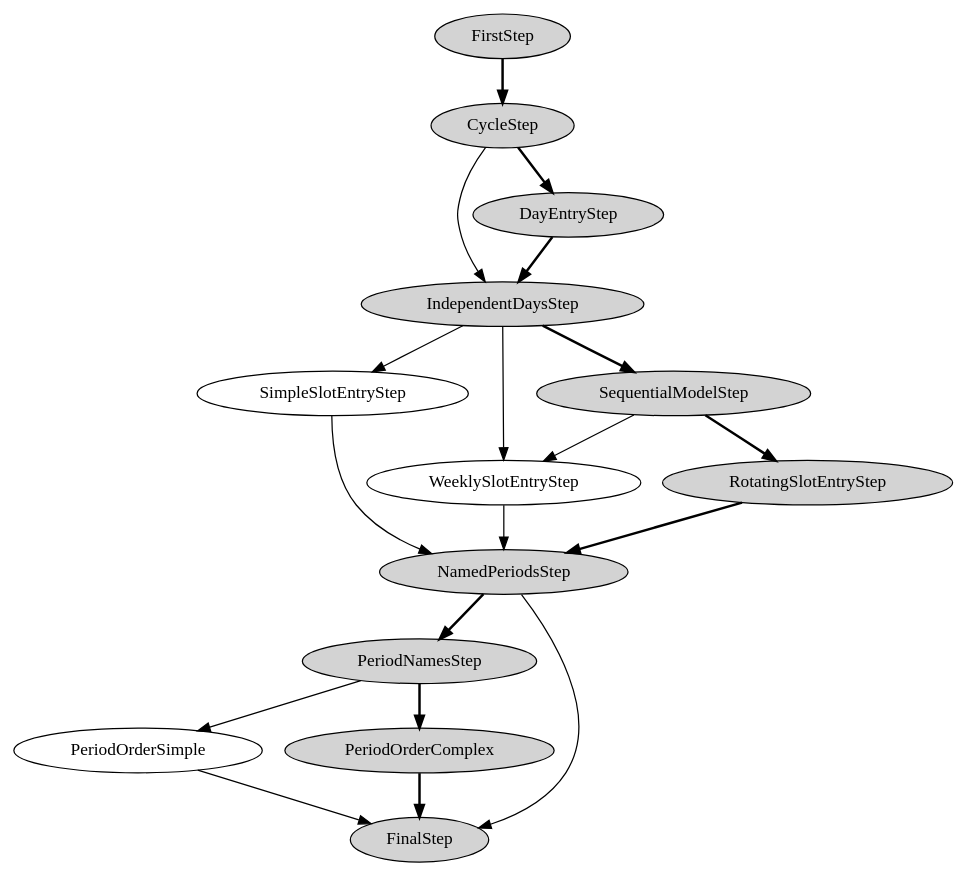
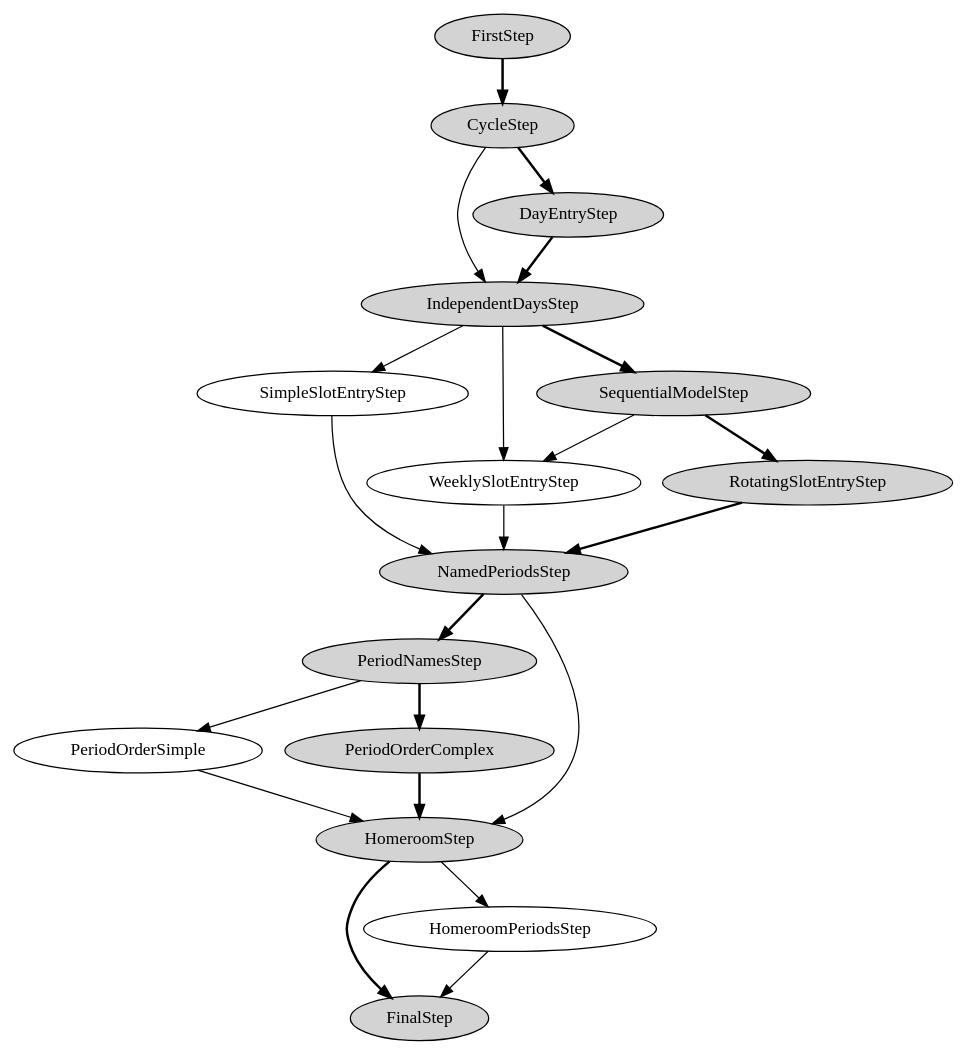
Before and after one commit to mattva01/schooltool: the diagram in src/schooltool/app/browser/ftests/images/ttschema-wizard-6.dot, drawn with Graphviz. The commit also changed 21 other files, not shown here.

Commit message:
Update the test plan to include the new homeroom steps.  Add the "do you have a homeroom?" question step to the timetable wizard.

```diff
--- a/src/schooltool/app/browser/ftests/images/ttschema-wizard-6.dot
+++ b/src/schooltool/app/browser/ftests/images/ttschema-wizard-6.dot
@@ -1,31 +1,35 @@
 digraph "Timetable Schema Wizard" {
   FirstStep -> CycleStep [style="bold"];
   CycleStep -> IndependentDaysStep;
   CycleStep -> DayEntryStep [style="bold"];
   DayEntryStep -> IndependentDaysStep [style="bold"];
   IndependentDaysStep -> SimpleSlotEntryStep;
   IndependentDaysStep -> WeeklySlotEntryStep;
   IndependentDaysStep -> SequentialModelStep [style="bold"];
   SequentialModelStep -> WeeklySlotEntryStep;
   SequentialModelStep -> RotatingSlotEntryStep [style="bold"];
   SimpleSlotEntryStep -> NamedPeriodsStep;
   RotatingSlotEntryStep -> NamedPeriodsStep [style="bold"];
   WeeklySlotEntryStep -> NamedPeriodsStep;
   NamedPeriodsStep -> PeriodNamesStep [style="bold"];
-  NamedPeriodsStep -> FinalStep;
+  NamedPeriodsStep -> HomeroomStep;
   PeriodNamesStep -> PeriodOrderSimple;
   PeriodNamesStep -> PeriodOrderComplex [style="bold"];
-  PeriodOrderSimple -> FinalStep;
-  PeriodOrderComplex -> FinalStep [style="bold"];
+  PeriodOrderSimple -> HomeroomStep;
+  PeriodOrderComplex -> HomeroomStep [style="bold"];
+  HomeroomStep -> FinalStep [style="bold"];
+  HomeroomStep -> HomeroomPeriodsStep;
+  HomeroomPeriodsStep -> FinalStep;
 
   FirstStep[style="filled"];
   CycleStep[style="filled"];
   DayEntryStep[style="filled"];
   IndependentDaysStep[style="filled"];
   SequentialModelStep[style="filled"];
   RotatingSlotEntryStep[style="filled"];
   NamedPeriodsStep[style="filled"];
   PeriodNamesStep[style="filled"];
   PeriodOrderComplex[style="filled"];
+  HomeroomStep[style="filled"];
   FinalStep[style="filled"];
 }
```
